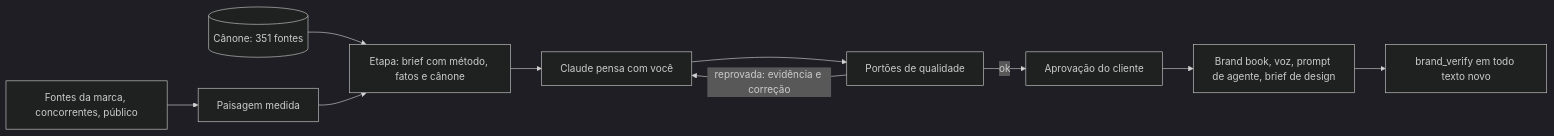
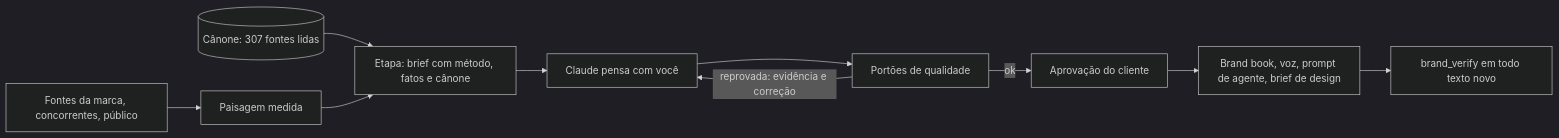
The diagram in README.md (ThunderBR2/brand-genome), drawn with Mermaid (dark theme) before and after one commit. The commit also changed other lines of this file and 21 other files, not shown here.

````diff
--- a/README.md
+++ b/README.md
@@ -26,12 +26,12 @@
 ```mermaid
 flowchart LR
   F[Fontes da marca, concorrentes, público] --> L[Paisagem medida]
-  C[(Cânone: 351 fontes)] --> E
+  C[(Cânone: 307 fontes lidas)] --> E
   L --> E[Etapa: brief com método, fatos e cânone]
   E --> IA[Claude pensa com você]
   IA --> P[Portões de qualidade]
   P -->|reprovada: evidência e correção| IA
   P -->|ok| A[Aprovação do cliente]
   A --> X[Brand book, voz, prompt de agente, brief de design]
   X --> V[brand_verify em todo texto novo]
 ```
````
